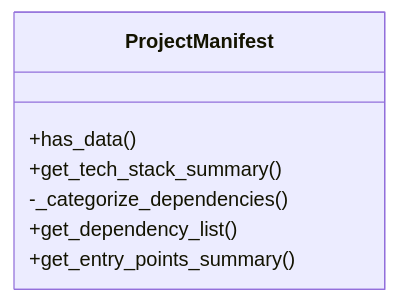
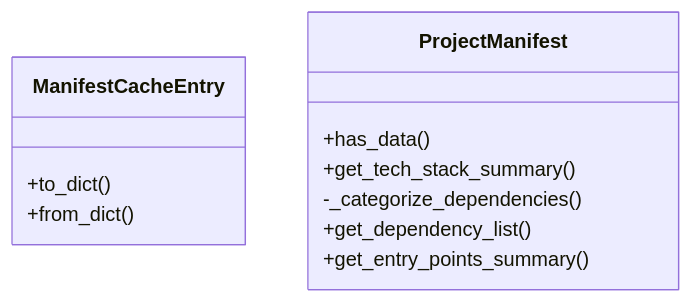
One commit to UrbanDiver/local-deepwiki-mcp changed the first of 2 diagrams in .deepwiki/files/src/local_deepwiki/generators/manifest.md. Above: the diagram before and after it, drawn with Mermaid. The commit also changed other lines of this file and 30 other files, not shown here.

````diff
--- a/.deepwiki/files/src/local_deepwiki/generators/manifest.md
+++ b/.deepwiki/files/src/local_deepwiki/generators/manifest.md
@@ -281,10 +400,14 @@
 ```mermaid
 classDiagram
+    class ManifestCacheEntry {
+        +to_dict()
+        +from_dict()
+    }
     class ProjectManifest {
         +has_data()
         +get_tech_stack_summary()
         -_categorize_dependencies()
         +get_dependency_list()
         +get_entry_points_summary()
     }
 ```
````
